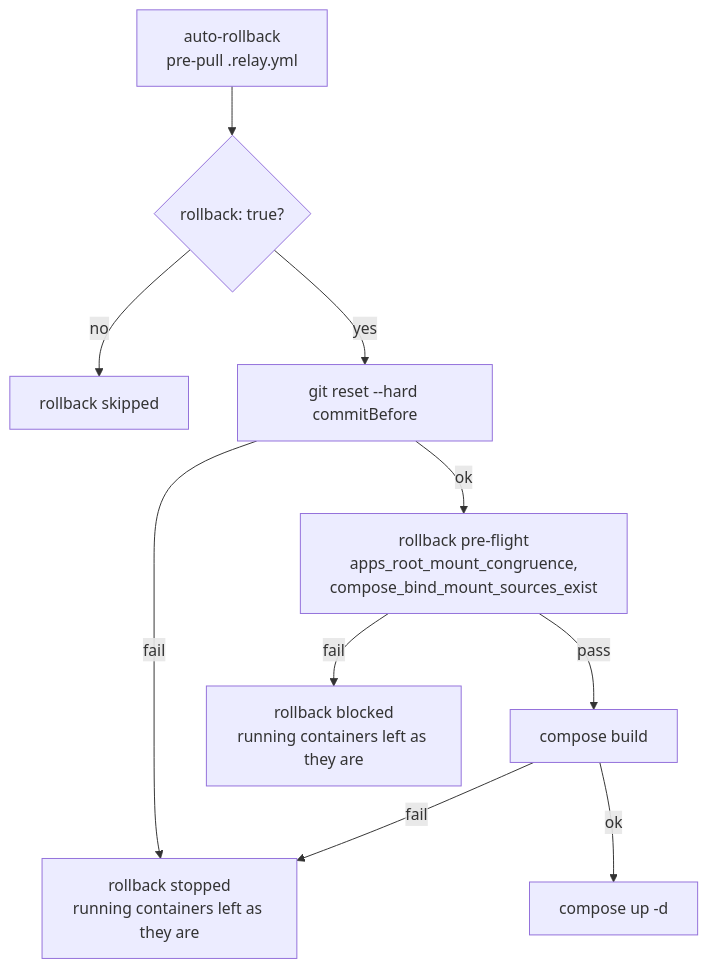
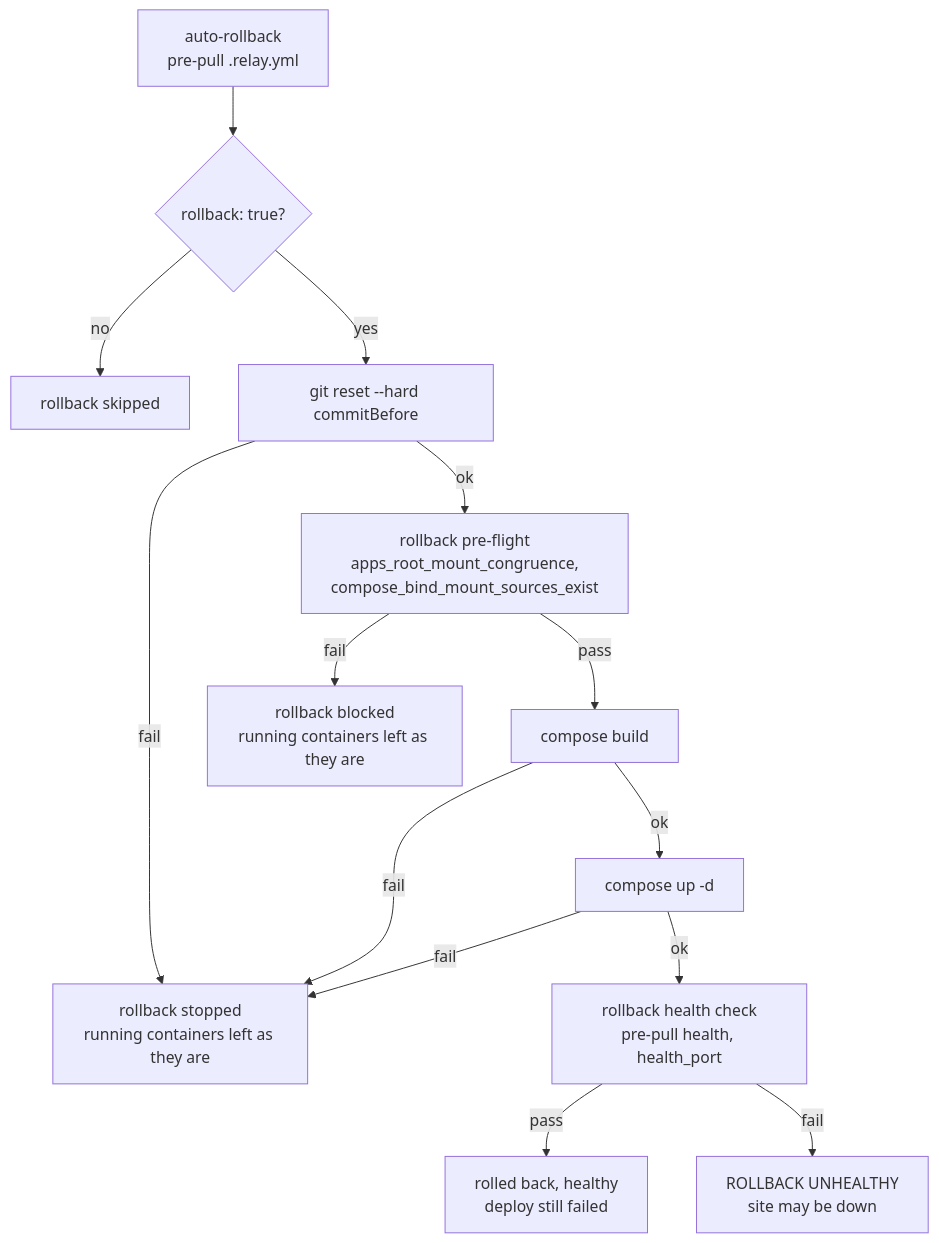
The third of 3 diagrams in docs/operations.md (LanNguyenSi/agent-relay), drawn with Mermaid before and after one commit. The commit also changed other lines of this file and 10 other files, not shown here.

First line of the commit message:
fix(deploy): health-check the stack after an automatic rollback (#126)

````diff
--- a/docs/operations.md
+++ b/docs/operations.md
@@ -274,12 +274,16 @@
 ```mermaid
 flowchart TD
     RB["auto-rollback<br/>pre-pull .relay.yml"] --> Q{"rollback: true?"}
     Q -- "no" --> SKIP["rollback skipped"]
     Q -- "yes" --> R1["git reset --hard commitBefore"]
     R1 -- "fail" --> STOP["rollback stopped<br/>running containers left as they are"]
     R1 -- "ok" --> R2["rollback pre-flight<br/>apps_root_mount_congruence,<br/>compose_bind_mount_sources_exist"]
     R2 -- "fail" --> RBLK["rollback blocked<br/>running containers left as they are"]
     R2 -- "pass" --> R3["compose build"]
     R3 -- "fail" --> STOP
     R3 -- "ok" --> R4["compose up -d"]
+    R4 -- "fail" --> STOP
+    R4 -- "ok" --> R5["rollback health check<br/>pre-pull health, health_port"]
+    R5 -- "pass" --> RHEALTHY["rolled back, healthy<br/>deploy still failed"]
+    R5 -- "fail" --> RDOWN["ROLLBACK UNHEALTHY<br/>site may be down"]
 ```
````
